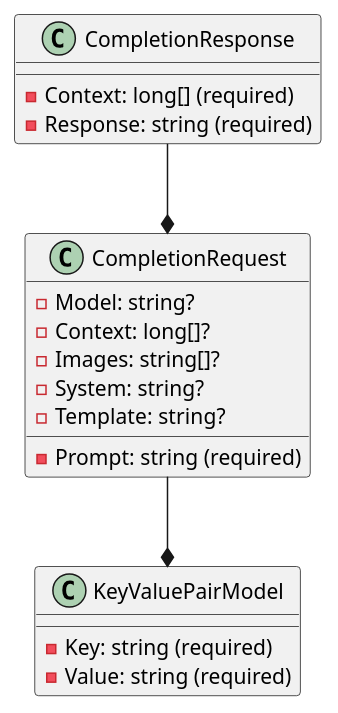
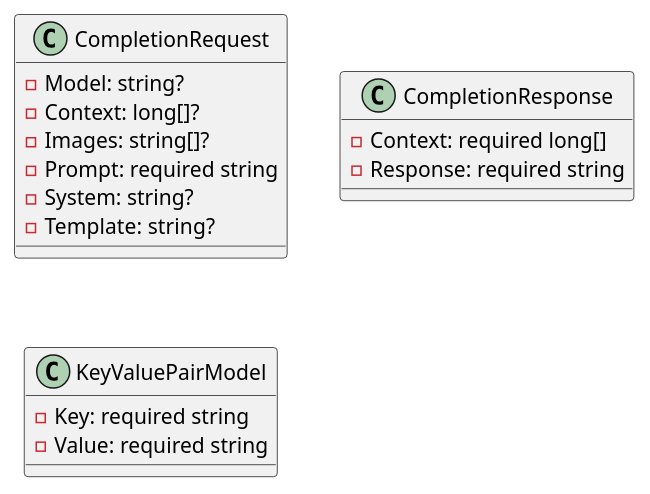
One commit to mwwhited-forks/dotnet-libs changed the first of 2 diagrams in docs/generated/Framework/Eliassen.AI.Abstractions/Models/Documentation.md. Above: the diagram before and after it, drawn with PlantUML. The commit also changed other lines of this file and 444 other files, not shown here.

````diff
--- a/docs/generated/Framework/Eliassen.AI.Abstractions/Models/Documentation.md
+++ b/docs/generated/Framework/Eliassen.AI.Abstractions/Models/Documentation.md
@@ -57,25 +9,22 @@
 ```plantuml
 @startuml
 class CompletionRequest {
   - Model: string?
   - Context: long[]?
   - Images: string[]?
-  - Prompt: string (required)
+  - Prompt: required string
   - System: string?
   - Template: string?
 }
 
 class CompletionResponse {
-  - Context: long[] (required)
-  - Response: string (required)
+  - Context: required long[]
+  - Response: required string
 }
 
 class KeyValuePairModel {
-  - Key: string (required)
-  - Value: string (required)
+  - Key: required string
+  - Value: required string
 }
-
-CompletionRequest --* KeyValuePairModel
-CompletionResponse --* CompletionRequest
 @enduml
 ```
````
